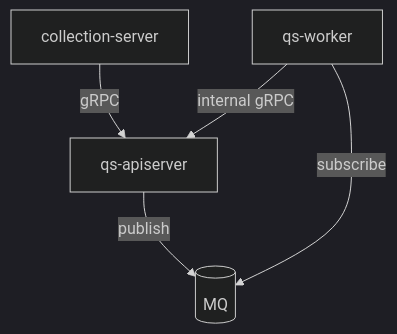
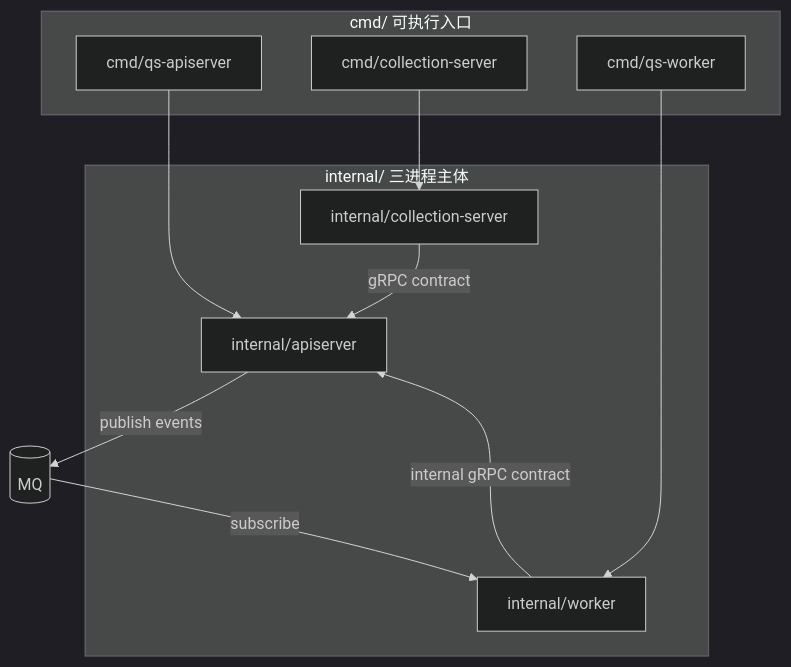
Before and after one commit to FangcunMount/qs-server: the first of 3 diagrams in docs/00-总览/02-代码组织与边界.md, drawn with Mermaid (dark theme). The commit also changed other lines of this file and 18 other files, not shown here.

````diff
--- a/docs/00-总览/02-代码组织与边界.md
+++ b/docs/00-总览/02-代码组织与边界.md
@@ -121,11 +46,23 @@
 ```mermaid
 flowchart TB
-    col[collection-server]
-    api[qs-apiserver]
-    w[qs-worker]
+    subgraph cmd[cmd/ 可执行入口]
+        cmdapi[cmd/qs-apiserver]
+        cmdcol[cmd/collection-server]
+        cmdwk[cmd/qs-worker]
+    end
 
-    col -->|gRPC| api
-    w -->|internal gRPC| api
-    w -->|subscribe| mq[(MQ)]
-    api -->|publish| mq
+    subgraph runtime[internal/ 三进程主体]
+        api[internal/apiserver]
+        col[internal/collection-server]
+        wk[internal/worker]
+    end
+
+    cmdapi --> api
+    cmdcol --> col
+    cmdwk --> wk
+
+    col -->|gRPC contract| api
+    wk -->|internal gRPC contract| api
+    api -->|publish events| mq[(MQ)]
+    mq -->|subscribe| wk
 ```
````
